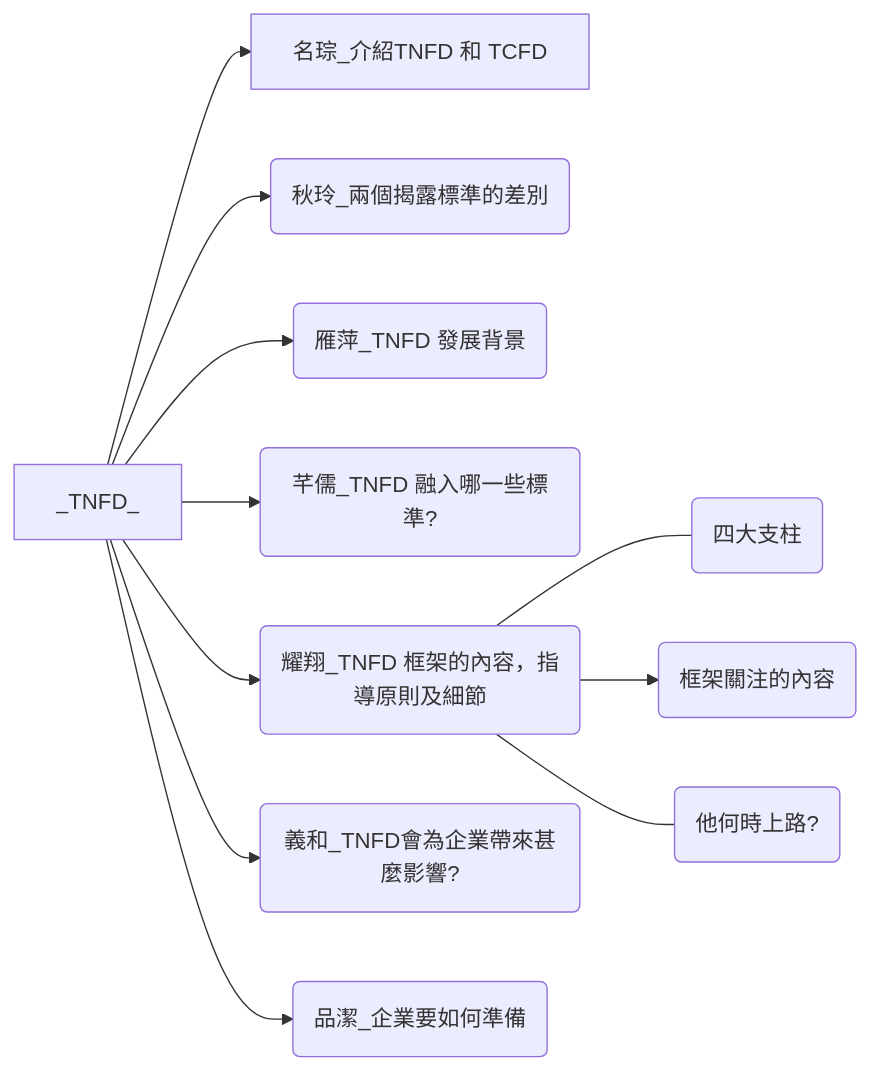
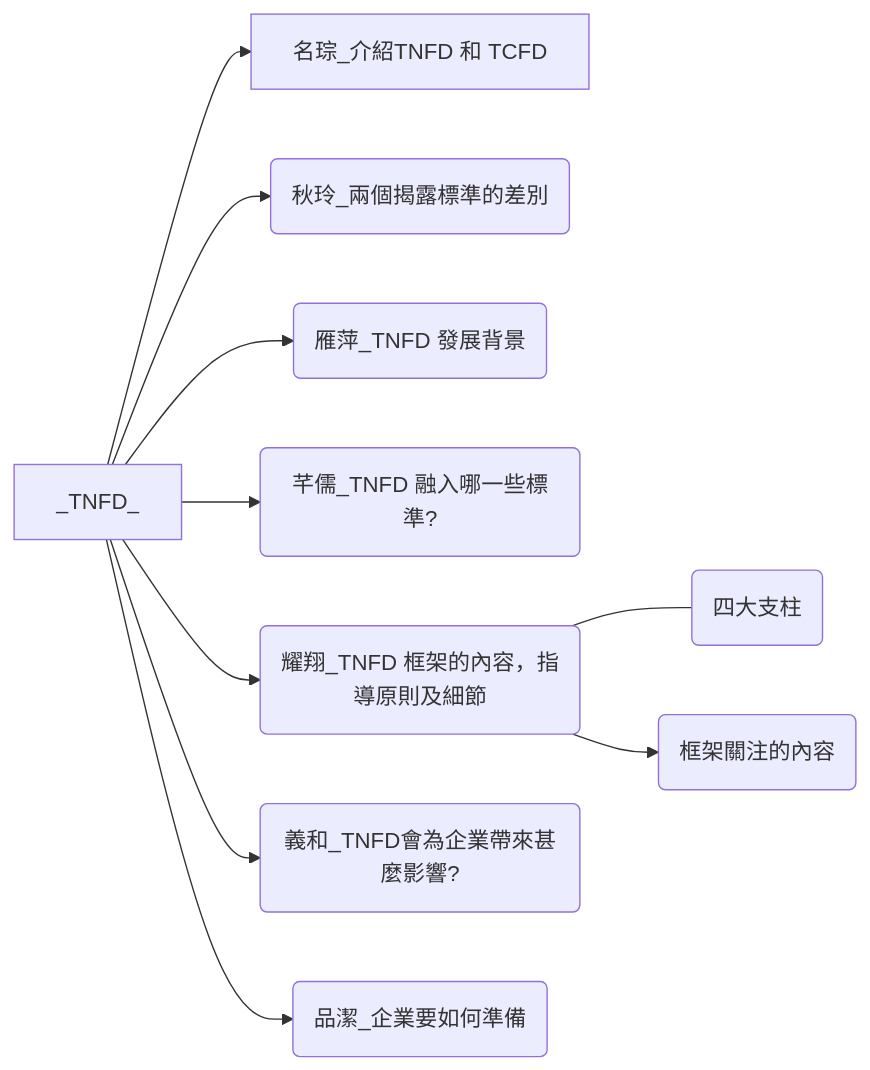
One commit to bridgerhung/wiki_NYUST changed the diagram in docs/class/eco.md. Above: the diagram before and after it, drawn with Mermaid.

````diff
--- a/docs/class/eco.md
+++ b/docs/class/eco.md
@@ -18,15 +18,14 @@
 ```mermaid
 flowchart LR
     0[_TNFD_] --> 1["名琮_介紹TNFD 和 TCFD"]
     0 --> 2("秋玲_兩個揭露標準的差別")
     0 --> 3("雁萍_TNFD 發展背景")
     0 --> 4("芊儒_TNFD 融入哪一些標準?")
     0 --> 5("耀翔_TNFD 框架的內容，指導原則及細節")
     5 --- 5.1(四大支柱)
     5 --> 5.2(框架關注的內容)
-    5 --- 5.3(他何時上路?)
     0 --> 6("義和_TNFD會為企業帶來甚麼影響?")
     0 --> 7("品潔_企業要如何準備")
   
 click 0 "https://csr.cw.com.tw/article/43146"
 ```
````
